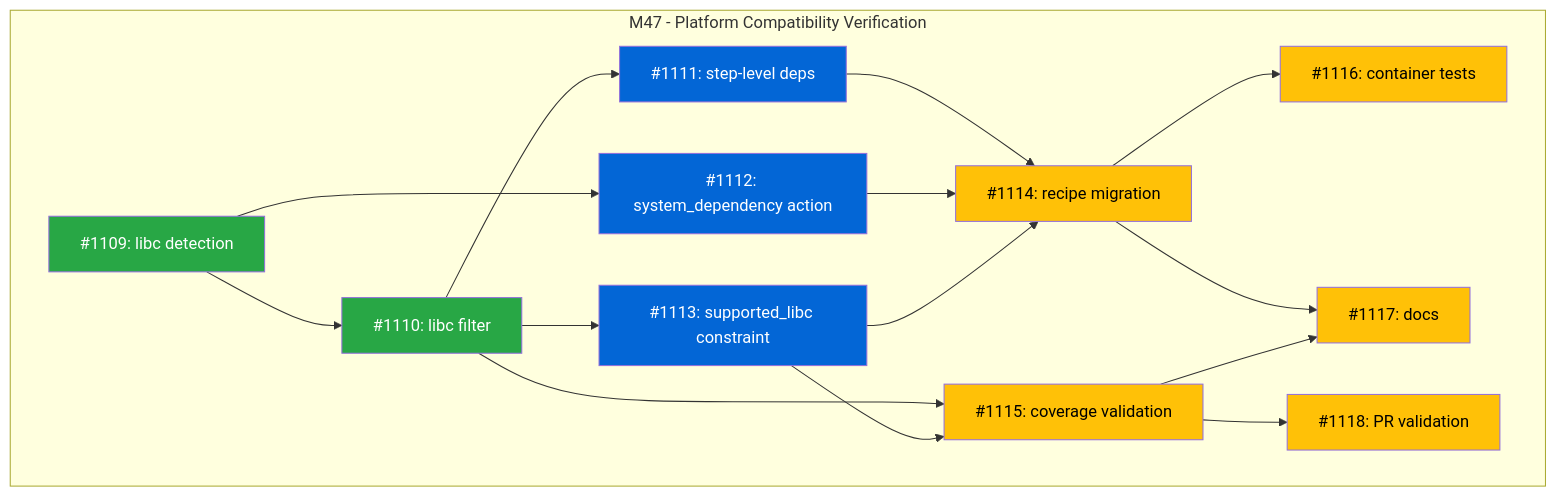
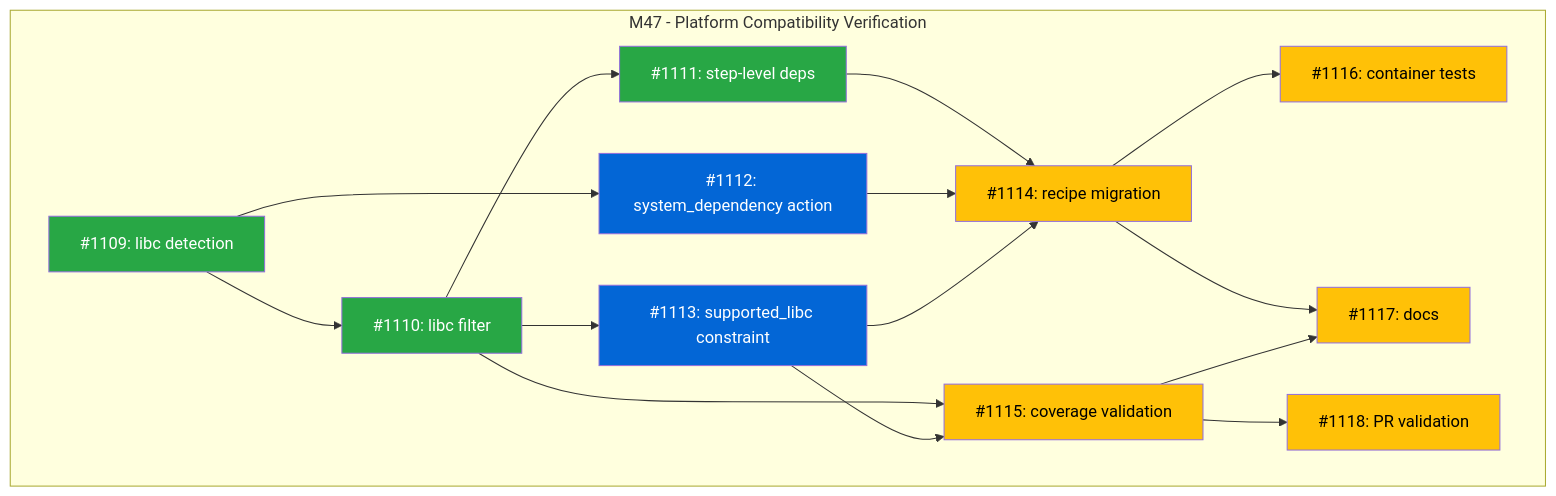
One commit to tsukumogami/tsuku changed the diagram in docs/designs/DESIGN-platform-compatibility-verification.md. Above: the diagram before and after it, drawn with Mermaid. The commit also changed 4 other files, not shown here.

First line of the commit message:
feat(recipe): add step-level dependency resolution (#1125)

````diff
--- a/docs/designs/DESIGN-platform-compatibility-verification.md
+++ b/docs/designs/DESIGN-platform-compatibility-verification.md
@@ -29,34 +29,34 @@
 ```mermaid
 graph TD
     subgraph "M47 - Platform Compatibility Verification"
         I1109["#1109: libc detection"]:::done
         I1110["#1110: libc filter"]:::done
-        I1111["#1111: step-level deps"]:::ready
+        I1111["#1111: step-level deps"]:::done
         I1112["#1112: system_dependency action"]:::ready
         I1113["#1113: supported_libc constraint"]:::ready
         I1114["#1114: recipe migration"]:::blocked
         I1115["#1115: coverage validation"]:::blocked
         I1116["#1116: container tests"]:::blocked
         I1117["#1117: docs"]:::blocked
         I1118["#1118: PR validation"]:::blocked
 
         I1109 --> I1110
         I1109 --> I1112
         I1110 --> I1111
         I1110 --> I1113
         I1110 --> I1115
         I1111 --> I1114
         I1112 --> I1114
         I1113 --> I1114
         I1113 --> I1115
         I1114 --> I1116
         I1114 --> I1117
         I1115 --> I1117
         I1115 --> I1118
     end
 
     classDef done fill:#28a745,color:#fff
     classDef ready fill:#0366d6,color:#fff
     classDef blocked fill:#ffc107,color:#000
     classDef needsDesign fill:#6f42c1,color:#fff
 ```
````
